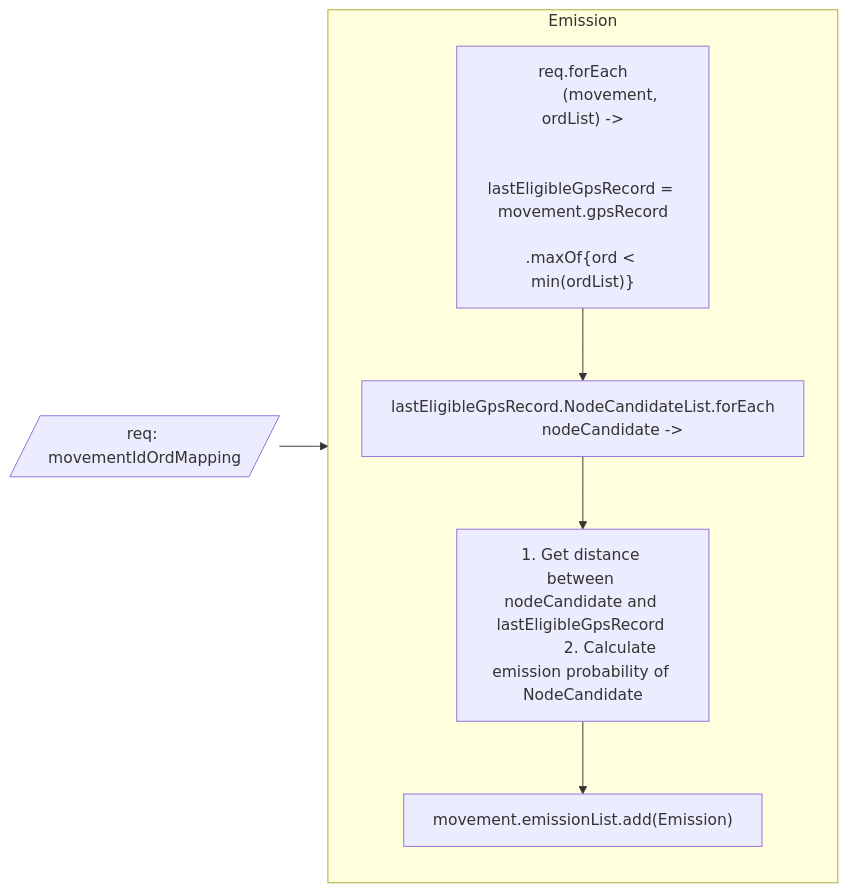
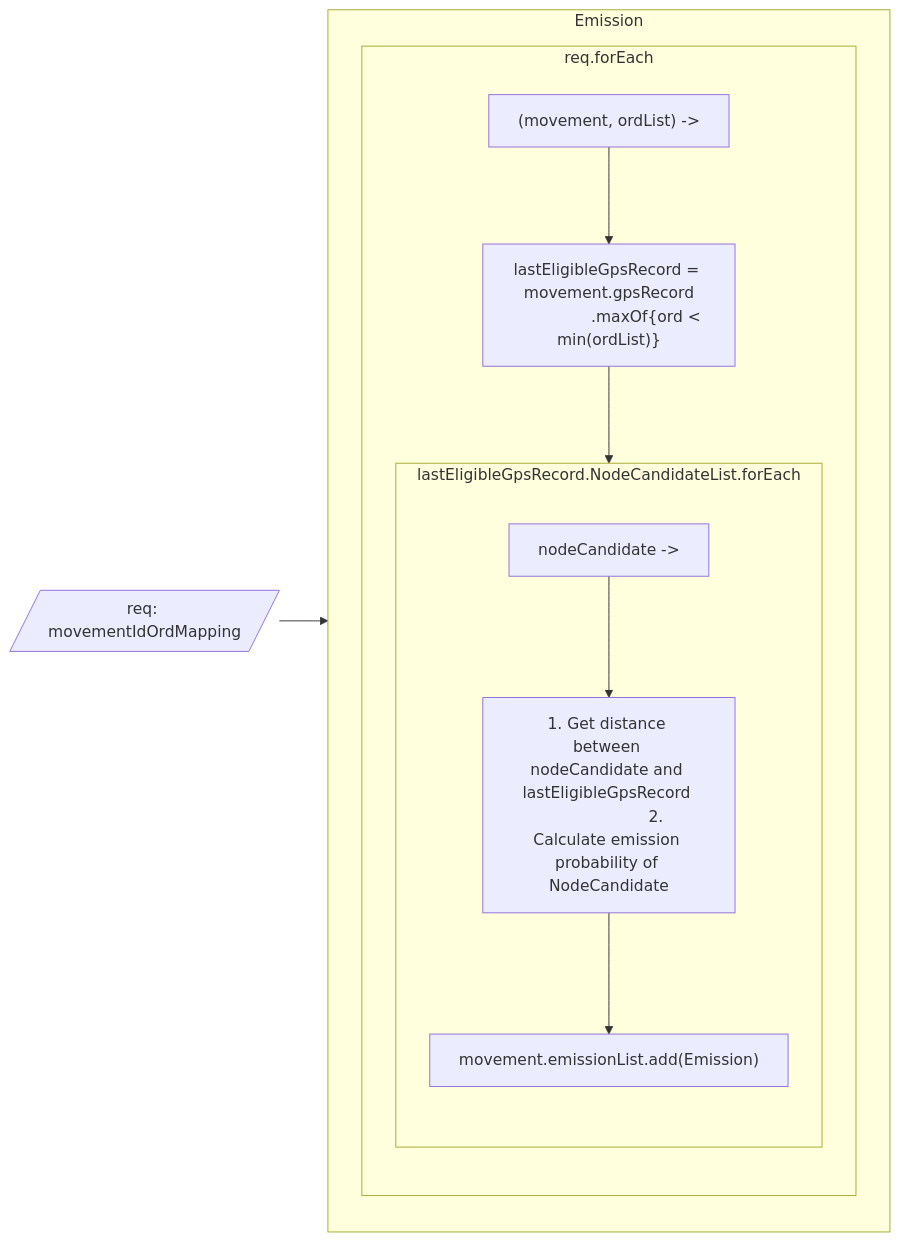
The diagram in 3_emission.mmd (tw-yoo/appmeter-revising-flowchart), drawn with Mermaid before and after one commit. The commit also changed 3 other files, not shown here.

Commit message:
1차 flowchart 완료

```diff
--- a/3_emission.mmd
+++ b/3_emission.mmd
@@ -1,30 +1,36 @@
 flowchart LR
     Input[/req: movementIdOrdMapping/]
 
     subgraph Emission
 
-        ReqForEach["
-            req.forEach
-            (movement, ordList) ->
+        subgraph req.forEach
+            direction TB 
+            
+            itReq["(movement, ordList) ->"]
+            lastEligibleGpsRecord["
+                lastEligibleGpsRecord = movement.gpsRecord
+                .maxOf{ord < min(ordList)}
+            "]
 
-            lastEligibleGpsRecord = movement.gpsRecord
-			.maxOf{ord < min(ordList)}
-        "]
+            subgraph lastEligibleGpsRecord.NodeCandidateList.forEach
+                direction TB
+                itNodeCandidate["nodeCandidate ->"]
 
-        NodeCandidateListLoop["
-            lastEligibleGpsRecord.NodeCandidateList.forEach
-            nodeCandidate ->
-        "]
+                GetEmission["
+                    1. Get distance between nodeCandidate and lastEligibleGpsRecord 
+                    2. Calculate emission probability of NodeCandidate
+                "]
 
-        GetEmission["
-            1. Get distance between nodeCandidate and lastEligibleGpsRecord 
-            2. Calculate emission probability of NodeCandidate
-        "]
+                AddEmission["
+                    movement.emissionList.add(Emission)
+                "]
 
-        AddEmission["
-            movement.emissionList.add(Emission)
-        "]
-        
-        ReqForEach --> NodeCandidateListLoop --> GetEmission --> AddEmission
+                itNodeCandidate --> GetEmission --> AddEmission
+            end
+
+            itReq --> lastEligibleGpsRecord --> lastEligibleGpsRecord.NodeCandidateList.forEach
+
+        end
     end
+    
     Input --> Emission
```
